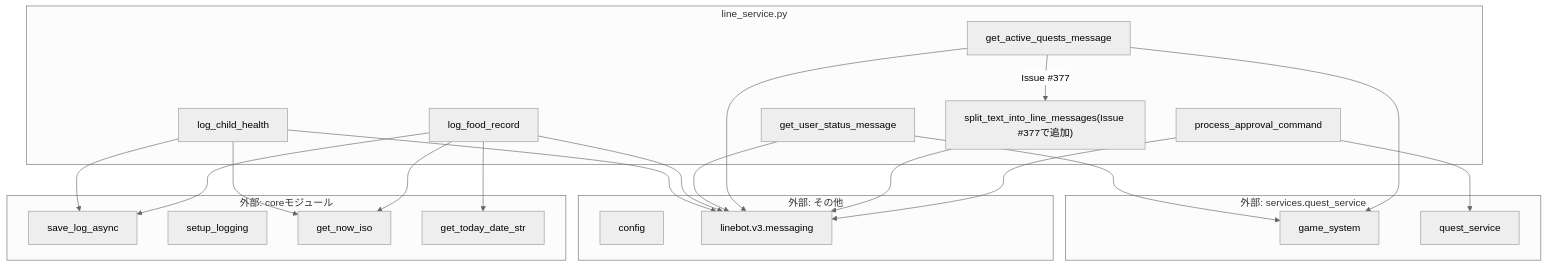
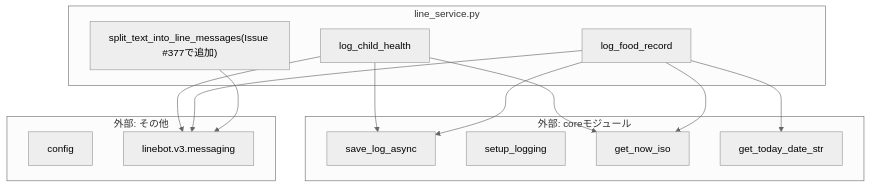
The diagram in docs/specifications/MY_HOME_SYSTEM/line_service.md (mmtigers/my_python_project), drawn with Mermaid (neutral theme) before and after one commit. The commit also changed other lines of this file and 27 other files, not shown here.

````diff
--- a/docs/specifications/MY_HOME_SYSTEM/line_service.md
+++ b/docs/specifications/MY_HOME_SYSTEM/line_service.md
@@ -246,52 +146,39 @@
 ```mermaid
 graph TD
     subgraph "line_service.py"
         log_child_health
         log_food_record
-        get_user_status_message
-        get_active_quests_message
-        process_approval_command
         split_text_into_line_messages["split_text_into_line_messages(Issue #377で追加)"]
     end
 
     subgraph "外部: coreモジュール"
         save_log_async
         setup_logging
         get_now_iso
         get_today_date_str
-    end
-
-    subgraph "外部: services.quest_service"
-        game_system
-        quest_service
     end
 
     subgraph "外部: その他"
         config
         linebot_v3_messaging[linebot.v3.messaging]
     end
 
     log_child_health --> save_log_async
     log_child_health --> get_now_iso
     log_child_health --> linebot_v3_messaging
 
     log_food_record --> save_log_async
     log_food_record --> get_today_date_str
     log_food_record --> get_now_iso
     log_food_record --> linebot_v3_messaging
 
     %% Issue #410: log_daily_action / log_ohayo / get_daily_health_summary_text は
     %% 未使用関数として削除済み(それに伴い common への依存も解消)
 
-    get_user_status_message --> game_system
-    get_user_status_message --> linebot_v3_messaging
+    %% Issue #358: get_user_status_message / get_active_quests_message /
+    %% process_approval_command は未使用となったため削除済み
+    %% (それに伴い services.quest_service への依存も解消)
 
-    get_active_quests_message --> game_system
-    get_active_quests_message --> linebot_v3_messaging
-    get_active_quests_message -->|Issue #377| split_text_into_line_messages
     split_text_into_line_messages --> linebot_v3_messaging
 
-    process_approval_command --> quest_service
-    process_approval_command --> linebot_v3_messaging
-
 ```
````
